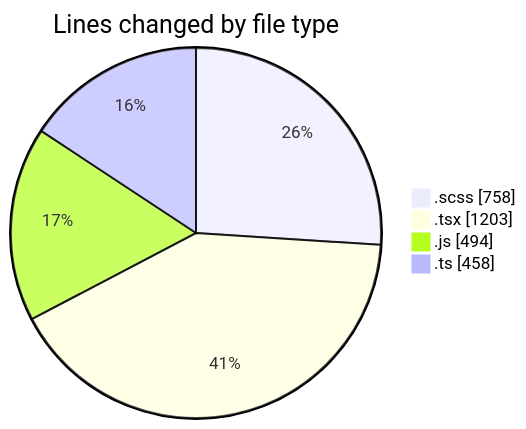
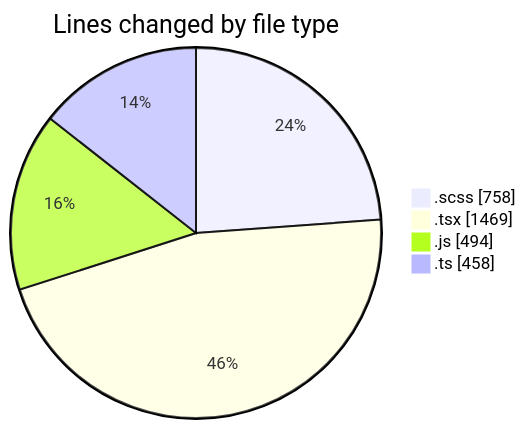
Before and after one commit to momahboobian/code-tracking: the first of 2 diagrams in 2025-03-14/cda/README.md, drawn with Mermaid. The commit also changed other lines of this file and 1 other file, not shown here.

````diff
--- a/2025-03-14/cda/README.md
+++ b/2025-03-14/cda/README.md
@@ -34,8 +35,8 @@
 ```mermaid
 pie showData
 title Lines changed by file type
 ".scss" : 758
-".tsx" : 1203
+".tsx" : 1469
 ".js" : 494
 ".ts" : 458
 ```
````
